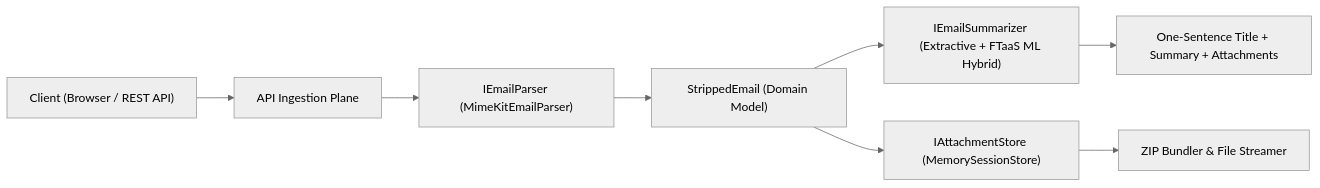
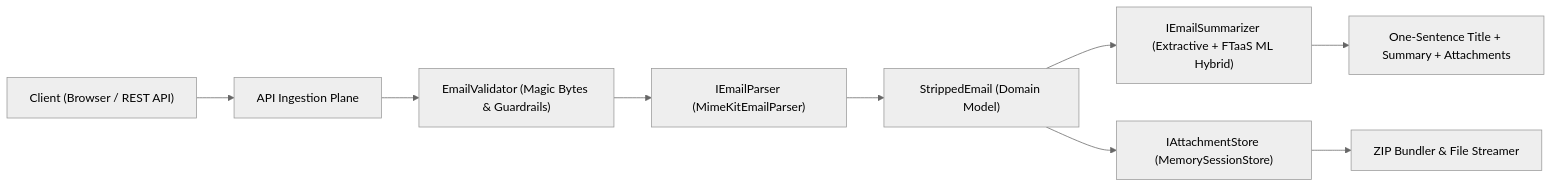
Before and after one commit to knowthankyew/mail-stripper: the diagram in README.md, drawn with Mermaid (neutral theme). The commit also changed other lines of this file and 15 other files, not shown here.

````diff
--- a/README.md
+++ b/README.md
@@ -32,10 +59,11 @@
 ```mermaid
 flowchart LR
     Client["Client (Browser / REST API)"] --> Ingestion["API Ingestion Plane"]
-    Ingestion --> Parser["IEmailParser (MimeKitEmailParser)"]
+    Ingestion --> Validator["EmailValidator (Magic Bytes & Guardrails)"]
+    Validator --> Parser["IEmailParser (MimeKitEmailParser)"]
     Parser --> Model["StrippedEmail (Domain Model)"]
     Model --> Summarizer["IEmailSummarizer (Extractive + FTaaS ML Hybrid)"]
     Model --> Store["IAttachmentStore (MemorySessionStore)"]
     Store --> Zip["ZIP Bundler & File Streamer"]
     Summarizer --> Results["One-Sentence Title + Summary + Attachments"]
 ```
````
